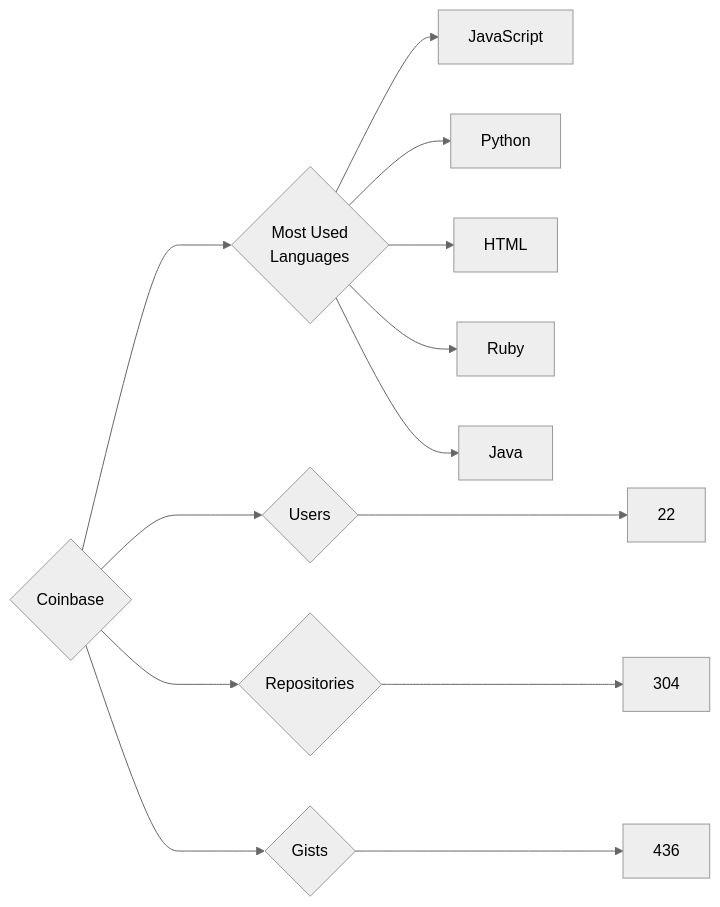
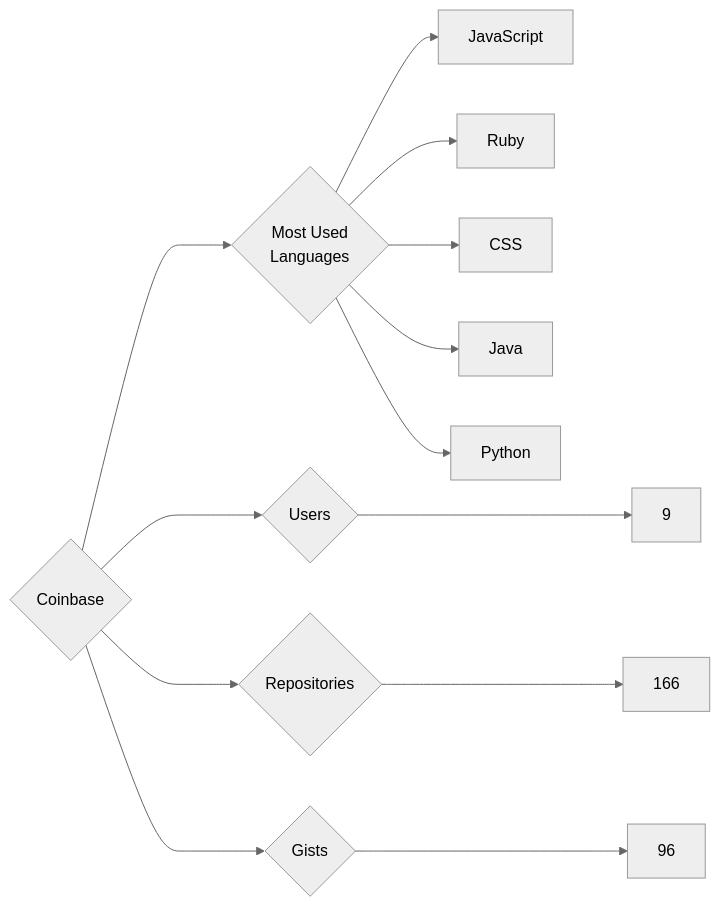
Before and after one commit to trickest/insiders: the diagram in targets/Coinbase/README.md, drawn with Mermaid (neutral theme). The commit also changed 676 other files, not shown here.

````diff
--- a/targets/Coinbase/README.md
+++ b/targets/Coinbase/README.md
@@ -3,13 +3,13 @@
 ```mermaid
 graph LR
 COMPANY_NAME{Coinbase}
-COMPANY_NAME ---> U{Users} ---> UN[22]
-COMPANY_NAME ---> R{Repositories} ---> RN[304]
-COMPANY_NAME ---> G{Gists} ---> GN[436]
+COMPANY_NAME ---> U{Users} ---> UN[9]
+COMPANY_NAME ---> R{Repositories} ---> RN[166]
+COMPANY_NAME ---> G{Gists} ---> GN[96]
 COMPANY_NAME ---> ML{Most Used<br>Languages}
 ML --> JavaScript[JavaScript]
+ML --> Ruby[Ruby]
+ML --> CSS[CSS]
+ML --> Java[Java]
 ML --> Python[Python]
-ML --> HTML[HTML]
-ML --> Ruby[Ruby]
-ML --> Java[Java]
 ```
````
